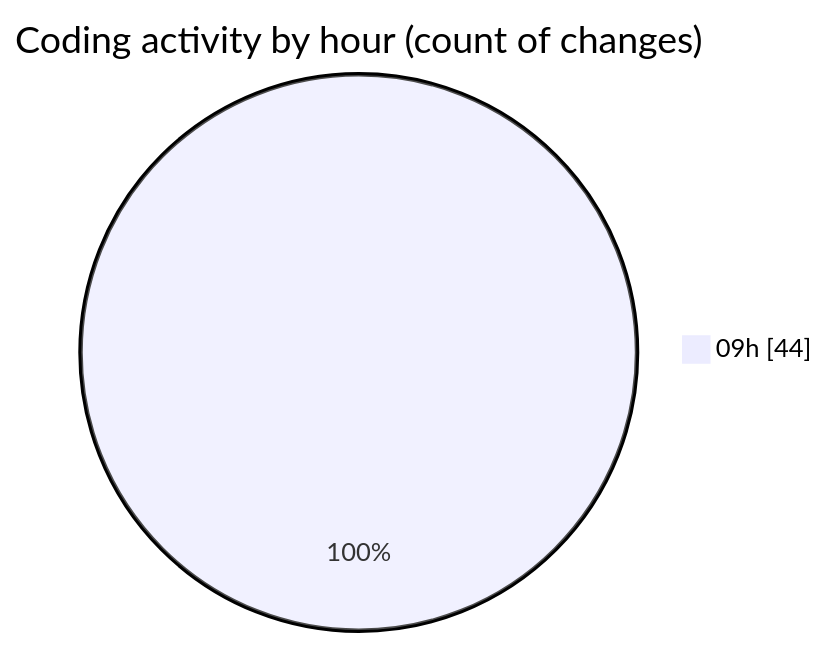
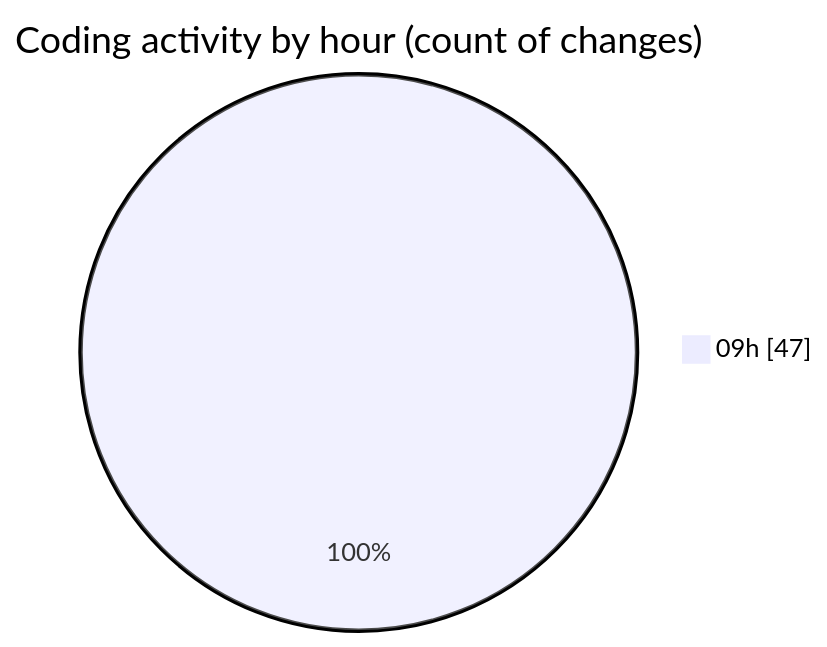
Before and after one commit to momahboobian/code-tracking: the second of 2 diagrams in 2025-03-14/cda/README.md, drawn with Mermaid. The commit also changed other lines of this file and 1 other file, not shown here.

````diff
--- a/2025-03-14/cda/README.md
+++ b/2025-03-14/cda/README.md
@@ -38,5 +39,5 @@
 ```mermaid
 pie showData
 title Coding activity by hour (count of changes)
-"09h" : 44
+"09h" : 47
 ```
````
